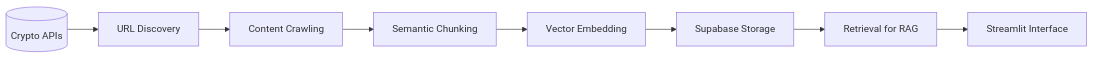
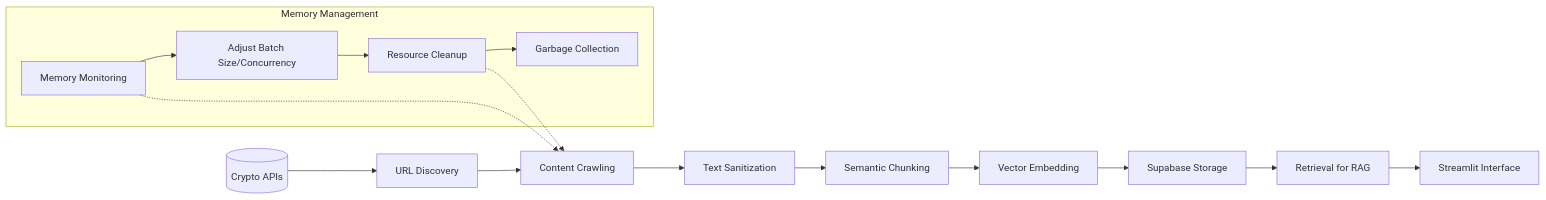
One commit to sulli365/crypto_crawling changed the third of 4 diagrams in memory-bank/systemPatterns.md. Above: the diagram before and after it, drawn with Mermaid. The commit also changed other lines of this file and 9 other files, not shown here.

````diff
--- a/memory-bank/systemPatterns.md
+++ b/memory-bank/systemPatterns.md
@@ -35,10 +35,20 @@
 ```mermaid
 flowchart LR
     APIs[(Crypto APIs)] --> Discover[URL Discovery]
     Discover --> Crawl[Content Crawling]
-    Crawl --> Chunk[Semantic Chunking]
+    Crawl --> Sanitize[Text Sanitization]
+    Sanitize --> Chunk[Semantic Chunking]
     Chunk --> Embed[Vector Embedding]
     Embed --> Store[Supabase Storage]
     Store --> Retrieve[Retrieval for RAG]
     Retrieve --> UI[Streamlit Interface]
+    
+    subgraph "Memory Management"
+    Monitor[Memory Monitoring] --> Adjust[Adjust Batch Size/Concurrency]
+    Adjust --> Cleanup[Resource Cleanup]
+    Cleanup --> GC[Garbage Collection]
+    end
+    
+    Monitor -.-> Crawl
+    Cleanup -.-> Crawl
 ```
````
